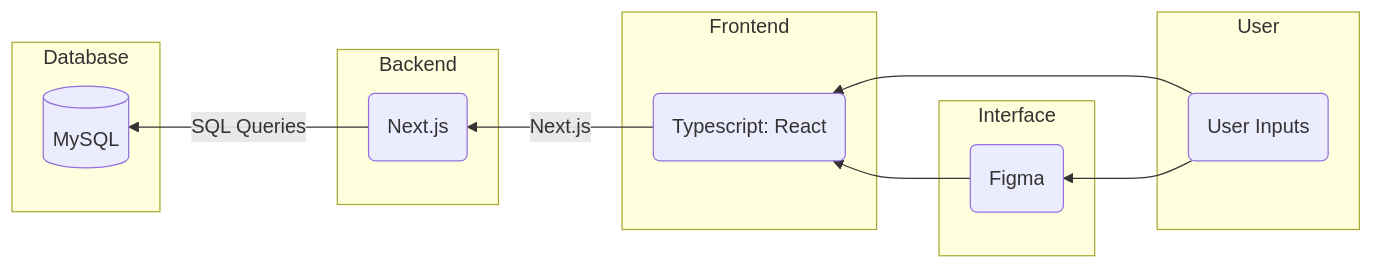
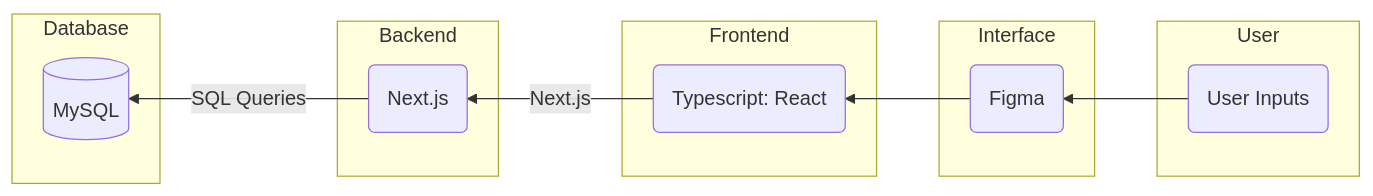
Before and after one commit to aayushb03/yahtzee: the second of 2 diagrams in README.md, drawn with Mermaid.

Commit message:
Update file README.md

````diff
--- a/README.md
+++ b/README.md
@@ -210,28 +210,27 @@
 ```mermaid
 flowchart RL
 subgraph User
 	A(User Inputs)
 end
 	
 subgraph Frontend
 	B(Typescript: React)
 end
 
 subgraph Interface
     E(Figma)
 end
 	
 subgraph Backend
 	C(Next.js)
 end
 
 subgraph Database
 	D[(MySQL)]
 end
 
-A --> B
 A --> E
 E --> B
 B --> |Next.js| C
 C --> |SQL Queries| D
 ```
````
